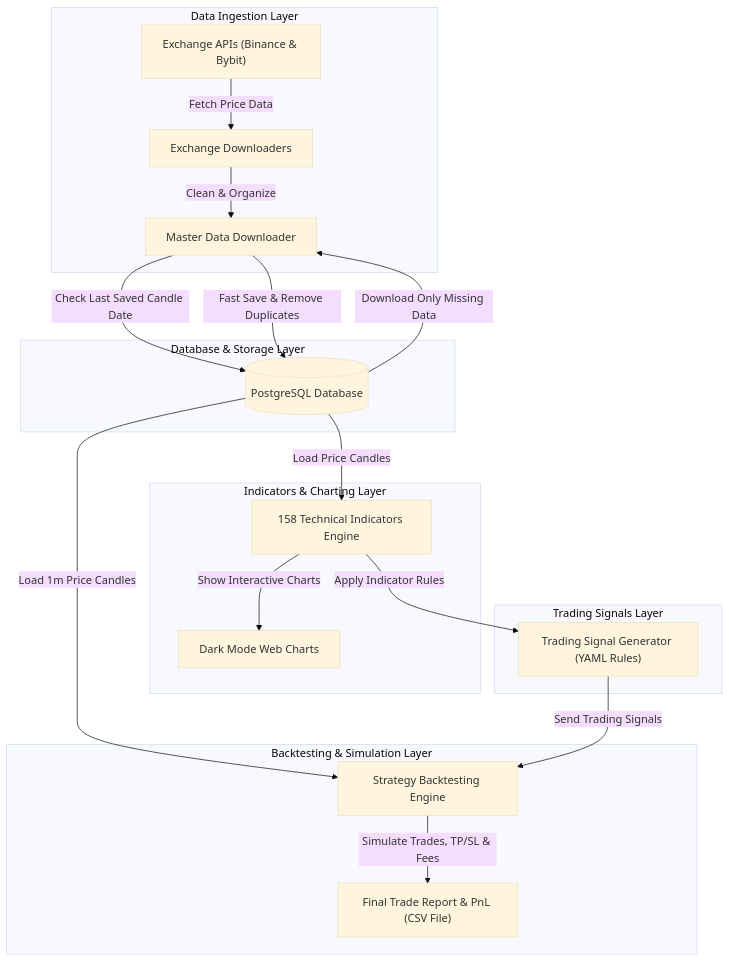
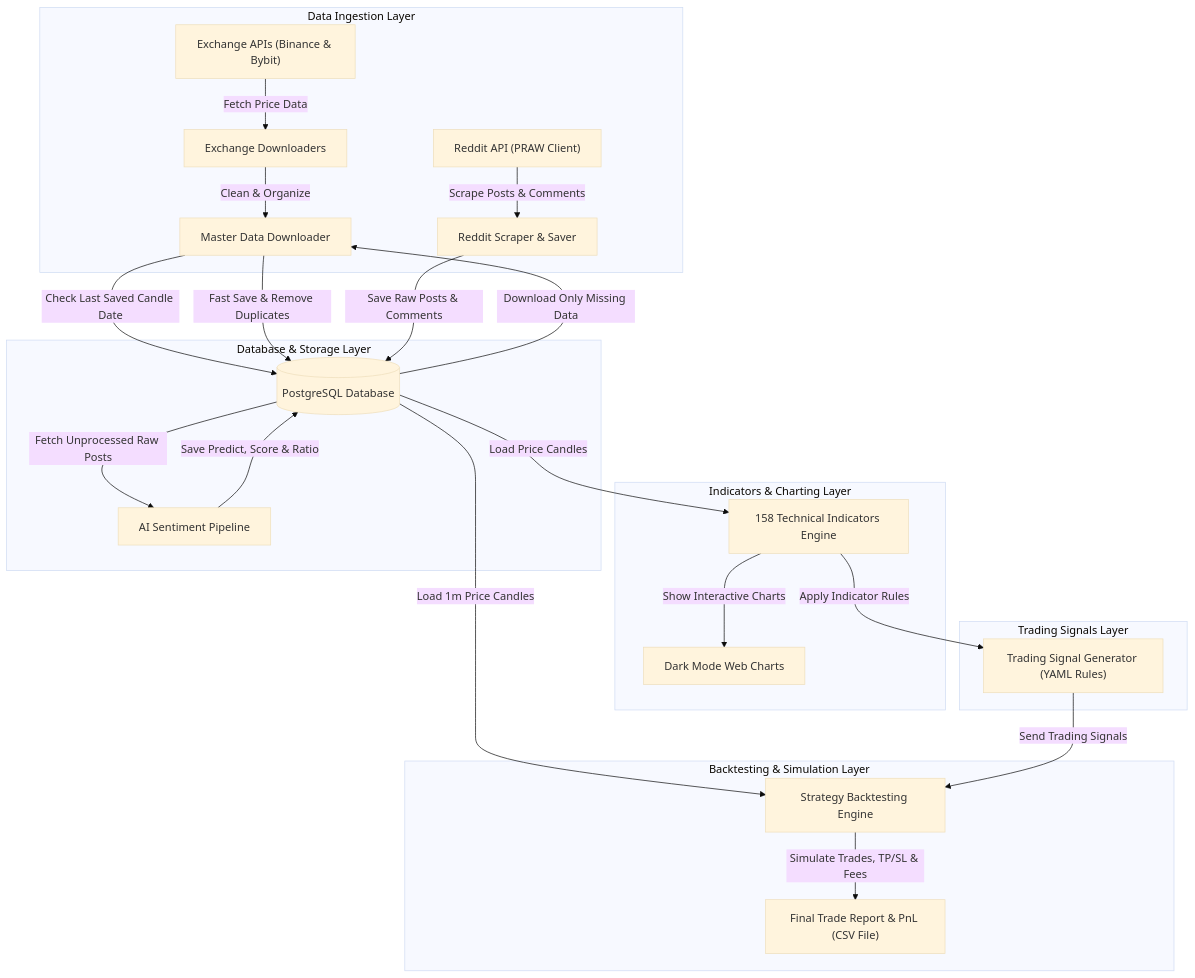
Before and after one commit to 21Afnan/cryptosight: the diagram in README.md, drawn with Mermaid (base theme). The commit also changed other lines of this file and 12 other files, not shown here.

````diff
--- a/README.md
+++ b/README.md
@@ -32,28 +33,33 @@
 ```mermaid
 graph TD
     subgraph Data Ingestion Layer
         API["Exchange APIs (Binance & Bybit)"] -->|Fetch Price Data| Fetcher["Exchange Downloaders"]
         Fetcher -->|Clean & Organize| Facade["Master Data Downloader"]
+        Reddit["Reddit API (PRAW Client)"] -->|Scrape Posts & Comments| RedditScraper["Reddit Scraper & Saver"]
     end
 
     subgraph Database & Storage Layer
         Facade -->|Check Last Saved Candle Date| SQL_Check[("PostgreSQL Database")]
         SQL_Check -->|Download Only Missing Data| Facade
         Facade -->|Fast Save & Remove Duplicates| SQL_Check
+        
+        RedditScraper -->|Save Raw Posts & Comments| SQL_Check
+        SQL_Check -->|Fetch Unprocessed Raw Posts| AI_Sentiment["AI Sentiment Pipeline"]
+        AI_Sentiment -->|Save Predict, Score & Ratio| SQL_Check
     end
 
     subgraph Indicators & Charting Layer
         SQL_Check -->|Load Price Candles| Engine["158 Technical Indicators Engine"]
         Engine -->|Show Interactive Charts| Dashboard["Dark Mode Web Charts"]
     end
 
     subgraph Trading Signals Layer
         Engine -->|Apply Indicator Rules| Signals["Trading Signal Generator (YAML Rules)"]
     end
 
     subgraph Backtesting & Simulation Layer
         SQL_Check -->|Load 1m Price Candles| Backtester["Strategy Backtesting Engine"]
         Signals -->|Send Trading Signals| Backtester
         Backtester -->|Simulate Trades, TP/SL & Fees| Ledger["Final Trade Report & PnL (CSV File)"]
     end
 ```
````
